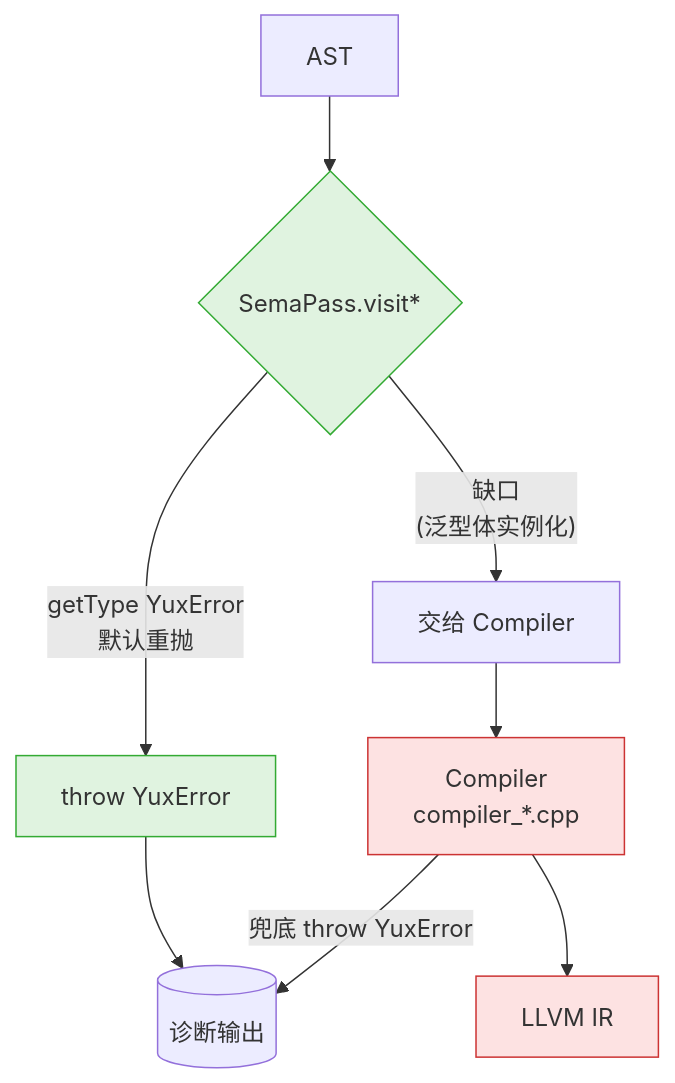
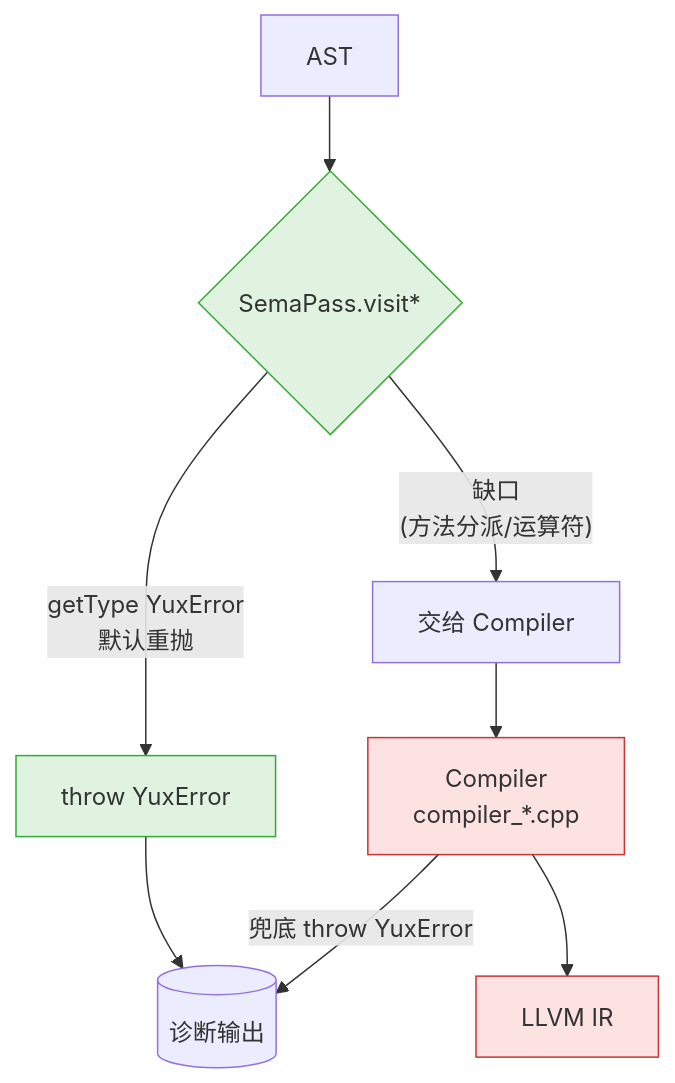
Before and after one commit to riu-lang/riu: the fourth of 6 diagrams in yux.md, drawn with Mermaid. The commit also changed 11 other files, not shown here.

````diff
--- a/yux.md
+++ b/yux.md
@@ -116,18 +116,18 @@
 ```mermaid
 flowchart TB
     ast[AST] --> sema{SemaPass.visit*}
 
     sema -- "getType YuxError<br/>默认重抛" --> throwSema[throw YuxError]
-    sema -- "缺口<br/>(泛型体实例化)" --> skip[交给 Compiler]
+    sema -- "缺口<br/>(方法分派/运算符)" --> skip[交给 Compiler]
 
     throwSema --> userErr[(诊断输出)]
     skip --> compiler[Compiler<br/>compiler_*.cpp]
 
     compiler -- "兜底 throw YuxError" --> userErr
     compiler --> ir[LLVM IR]
 
     classDef green fill:#e0f3e0,stroke:#3a3
     classDef red fill:#fde2e2,stroke:#c33
     class sema,throwSema green
     class compiler,ir red
 ```
````
